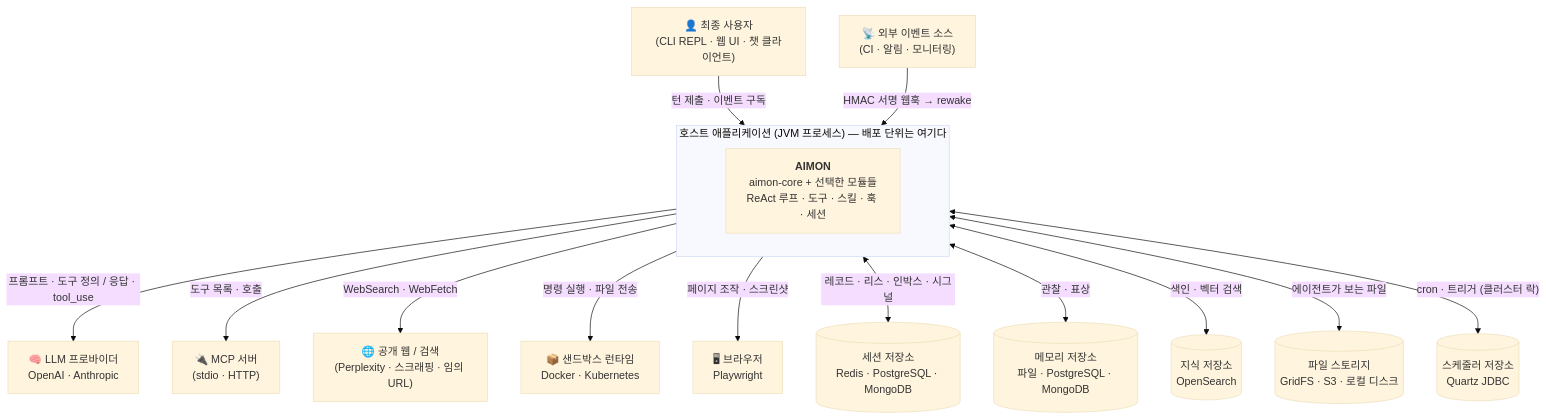
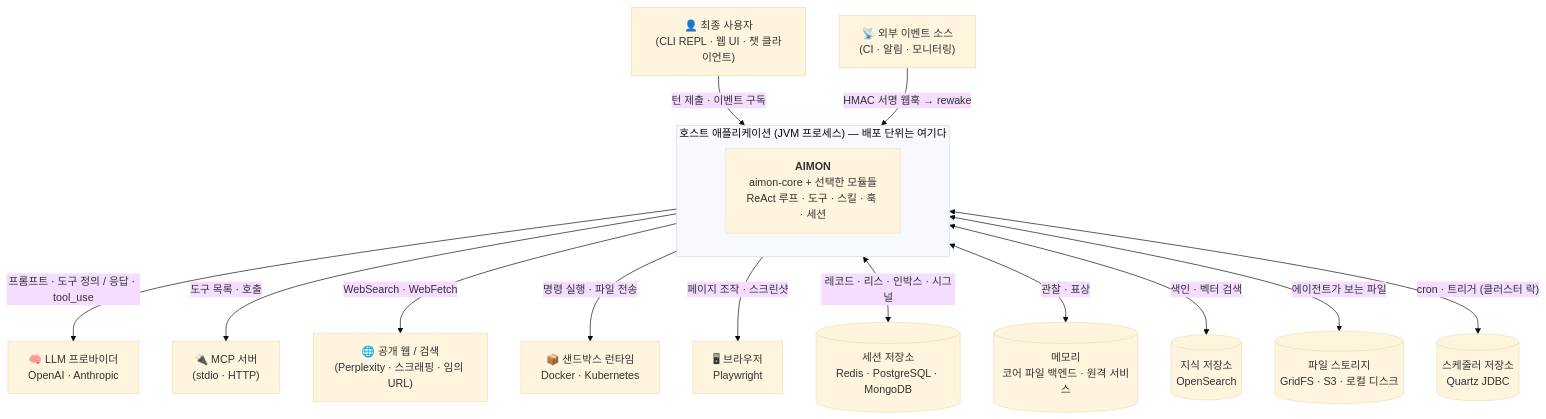
One commit to kangwoo/aimon-core changed the diagram in docs/overview/context.md. Above: the diagram before and after it, drawn with Mermaid (base theme). The commit also changed other lines of this file and 100 other files, not shown here.

````diff
--- a/docs/overview/context.md
+++ b/docs/overview/context.md
@@ -31,36 +31,36 @@
 ```mermaid
 flowchart TB
     user["👤 최종 사용자<br/>(CLI REPL · 웹 UI · 챗 클라이언트)"]
     event["📡 외부 이벤트 소스<br/>(CI · 알림 · 모니터링)"]
 
     subgraph host["호스트 애플리케이션 (JVM 프로세스) — 배포 단위는 여기다"]
         aimon["<b>AIMON</b><br/>aimon-core + 선택한 모듈들<br/>ReAct 루프 · 도구 · 스킬 · 훅 · 세션"]
     end
 
     llm["🧠 LLM 프로바이더<br/>OpenAI · Anthropic"]
     mcp["🔌 MCP 서버<br/>(stdio · HTTP)"]
     web["🌐 공개 웹 / 검색<br/>(Perplexity · 스크래핑 · 임의 URL)"]
     sandbox["📦 샌드박스 런타임<br/>Docker · Kubernetes"]
     browser["🖥 브라우저<br/>Playwright"]
 
     sessiondb[("세션 저장소<br/>Redis · PostgreSQL · MongoDB")]
-    memorydb[("메모리 저장소<br/>파일 · PostgreSQL · MongoDB")]
+    memorydb[("메모리<br/>코어 파일 백엔드 · 원격 서비스")]
     knowledge[("지식 저장소<br/>OpenSearch")]
     filestore[("파일 스토리지<br/>GridFS · S3 · 로컬 디스크")]
     quartzdb[("스케줄러 저장소<br/>Quartz JDBC")]
 
     user -->|"턴 제출 · 이벤트 구독"| host
     event -->|"HMAC 서명 웹훅 → rewake"| host
 
     host -->|"프롬프트 · 도구 정의 / 응답 · tool_use"| llm
     host -->|"도구 목록 · 호출"| mcp
     host -->|"WebSearch · WebFetch"| web
     host -->|"명령 실행 · 파일 전송"| sandbox
     host -->|"페이지 조작 · 스크린샷"| browser
 
     host <-->|"레코드 · 리스 · 인박스 · 시그널"| sessiondb
     host <-->|"관찰 · 표상"| memorydb
     host <-->|"색인 · 벡터 검색"| knowledge
     host <-->|"에이전트가 보는 파일"| filestore
     host <-->|"cron · 트리거 (클러스터 락)"| quartzdb
 ```
````
